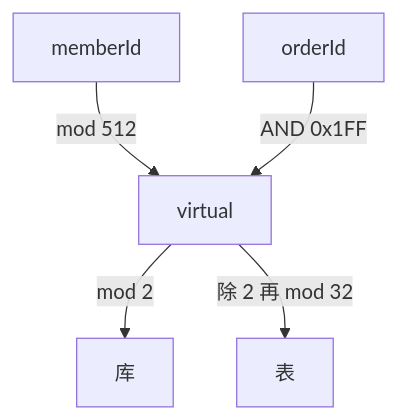
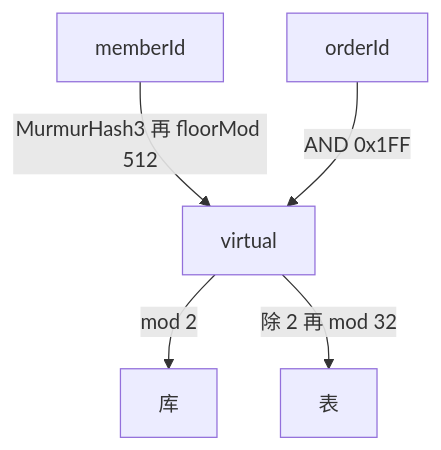
Diagram 48 of 49 in demo2/README.md (jasonsoso/spring-ai-demo), drawn with Mermaid before and after one commit. The commit also changed other lines of this file and 19 other files, not shown here.

````diff
--- a/demo2/README.md
+++ b/demo2/README.md
@@ -3420,7 +3420,7 @@
 ```mermaid
 flowchart TD
-  M[memberId] -->|mod 512| V[virtual]
+  M[memberId] -->|MurmurHash3 再 floorMod 512| V[virtual]
   O[orderId] -->|AND 0x1FF| V
   V -->|mod 2| DS[库]
   V -->|除 2 再 mod 32| T[表]
 ```
````
